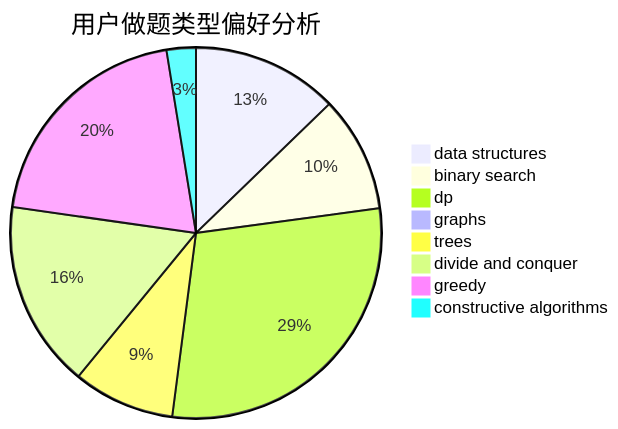
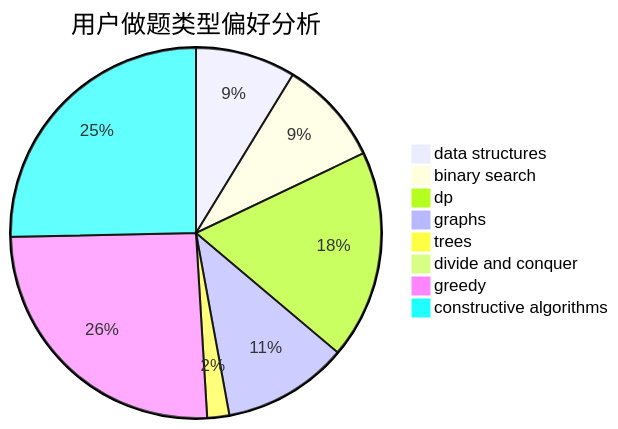
The second of 3 diagrams in docs/user/u936.md (sherpahu/cfrs.github.io), drawn with Mermaid before and after one commit. The commit also changed other lines of this file and 2770 other files, not shown here.

````diff
--- a/docs/user/u936.md
+++ b/docs/user/u936.md
@@ -23,11 +23,11 @@
 ```mermaid
 pie title 用户做题类型偏好分析
-    "data structures" :  115
-    "binary search" :  91
-    "dp" :  263
-    "graphs" :  9
-    "trees" :  80
-    "divide and conquer" :  147
-    "greedy" :  182
-    "constructive algorithms" :  23
+    "data structures" :  59
+    "binary search" :  62
+    "dp" :  123
+    "graphs" :  74
+    "trees" :  13
+    "divide and conquer" :  1
+    "greedy" :  173
+    "constructive algorithms" :  171
 ```
````
